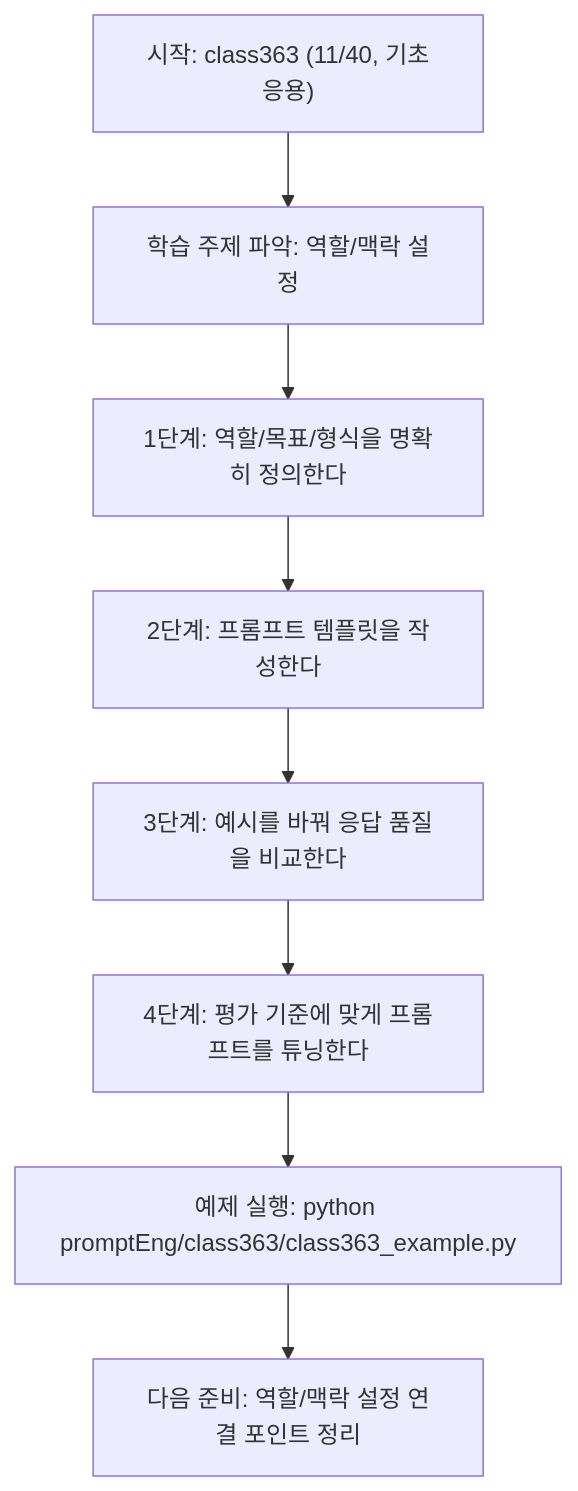
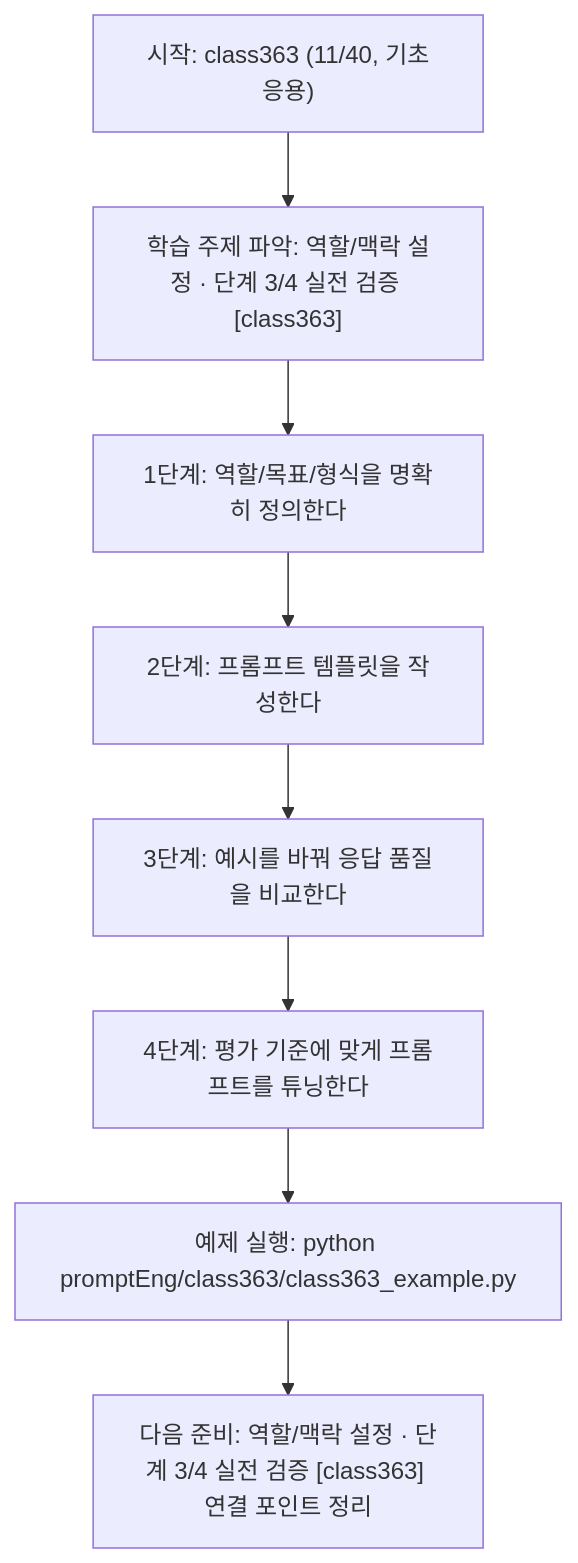
One commit to edumgt/Python-AI_Agent-Class changed the diagram in promptEng/class363/class363.md. Above: the diagram before and after it, drawn with Mermaid. The commit also changed other lines of this file and 522 other files, not shown here.

````diff
--- a/promptEng/class363/class363.md
+++ b/promptEng/class363/class363.md
@@ -109,18 +110,18 @@
 ```mermaid
 flowchart TD
 N1["시작: class363 (11/40, 기초응용)"]
-N2["학습 주제 파악: 역할/맥락 설정"]
+N2["학습 주제 파악: 역할/맥락 설정 · 단계 3/4 실전 검증 [class363]"]
 N3["1단계: 역할/목표/형식을 명확히 정의한다"]
 N4["2단계: 프롬프트 템플릿을 작성한다"]
 N5["3단계: 예시를 바꿔 응답 품질을 비교한다"]
 N6["4단계: 평가 기준에 맞게 프롬프트를 튜닝한다"]
 N7["예제 실행: python promptEng/class363/class363_example.py"]
-N8["다음 준비: 역할/맥락 설정 연결 포인트 정리"]
+N8["다음 준비: 역할/맥락 설정 · 단계 3/4 실전 검증 [class363] 연결 포인트 정리"]
 N1 --> N2
 N2 --> N3
 N3 --> N4
 N4 --> N5
 N5 --> N6
 N6 --> N7
 N7 --> N8
 ```
````
